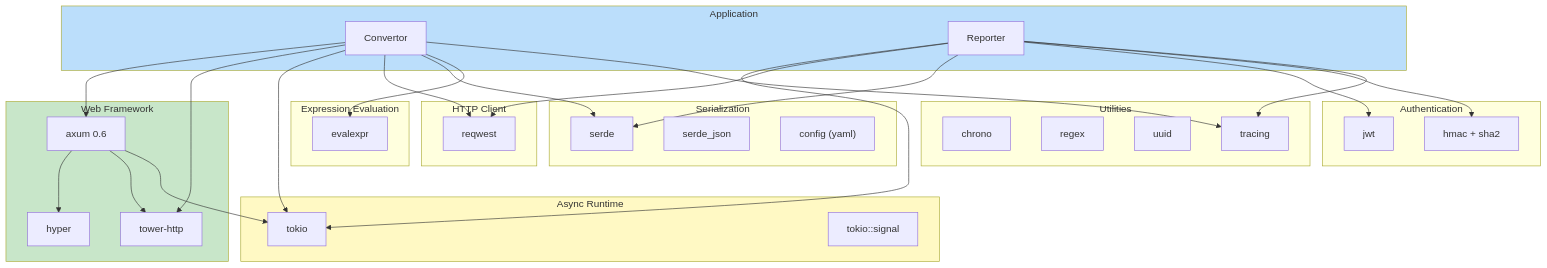
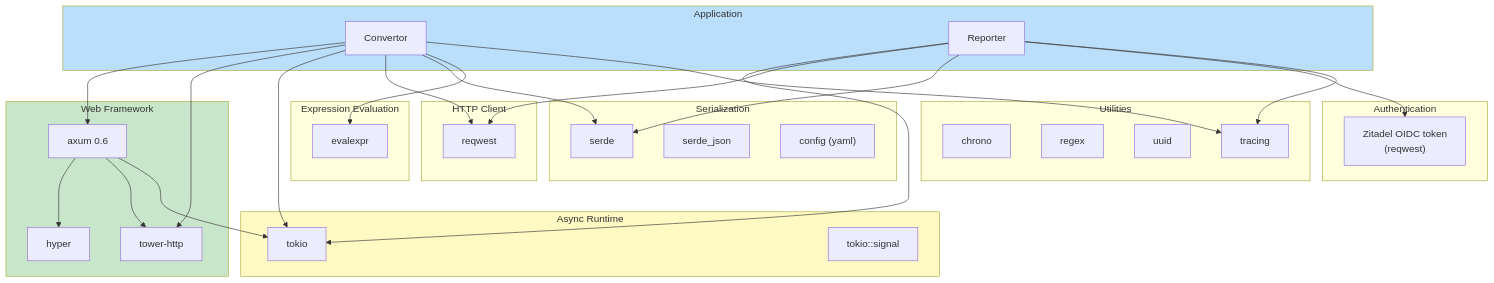
One commit to stackmon/metrics-processor changed the fourth of 12 diagrams in doc/architecture/diagrams.md. Above: the diagram before and after it, drawn with Mermaid. The commit also changed other lines of this file and 55 other files, not shown here.

````diff
--- a/doc/architecture/diagrams.md
+++ b/doc/architecture/diagrams.md
@@ -138,67 +138,65 @@
 ```mermaid
 graph TB
     subgraph Application["Application"]
         Convertor["Convertor"]
         Reporter["Reporter"]
     end
     
     subgraph WebFramework["Web Framework"]
         Axum["axum 0.6"]
         Tower["tower-http"]
         Hyper["hyper"]
     end
     
     subgraph AsyncRuntime["Async Runtime"]
         Tokio["tokio"]
         TokioSignal["tokio::signal"]
     end
     
     subgraph HTTP["HTTP Client"]
         Reqwest["reqwest"]
     end
     
     subgraph Serialization["Serialization"]
         Serde["serde"]
         SerdeJson["serde_json"]
         SerdeYaml["config (yaml)"]
     end
     
     subgraph Evaluation["Expression Evaluation"]
         Evalexpr["evalexpr"]
     end
     
     subgraph Auth["Authentication"]
-        JWT["jwt"]
-        HMAC["hmac + sha2"]
+        OidcToken["Zitadel OIDC token<br/>(reqwest)"]
     end
     
     subgraph Utilities["Utilities"]
         Chrono["chrono"]
         Regex["regex"]
         Uuid["uuid"]
         Tracing["tracing"]
     end
     
     Convertor --> Axum
     Convertor --> Tower
     Convertor --> Tokio
     Convertor --> Reqwest
     Convertor --> Serde
     Convertor --> Evalexpr
     Convertor --> Tracing
     
     Reporter --> Tokio
     Reporter --> Reqwest
     Reporter --> Serde
-    Reporter --> JWT
-    Reporter --> HMAC
+    Reporter --> OidcToken
     Reporter --> Tracing
     
     Axum --> Hyper
     Axum --> Tower
     Axum --> Tokio
     
     style Application fill:#bbdefb
     style WebFramework fill:#c8e6c9
     style AsyncRuntime fill:#fff9c4
 ```
````
